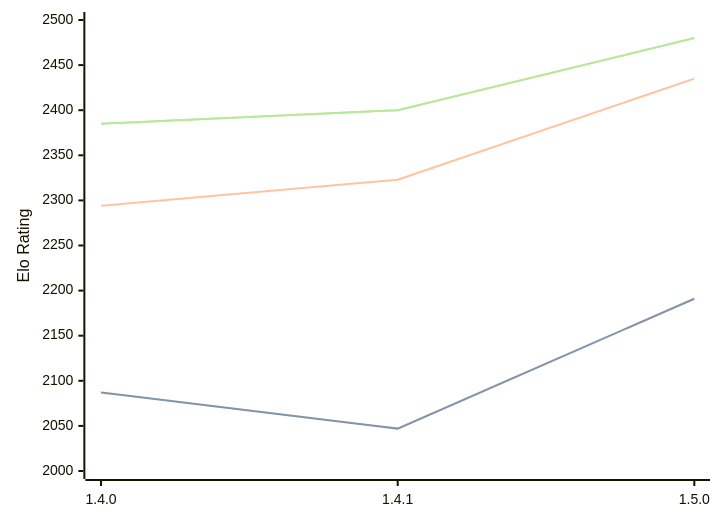
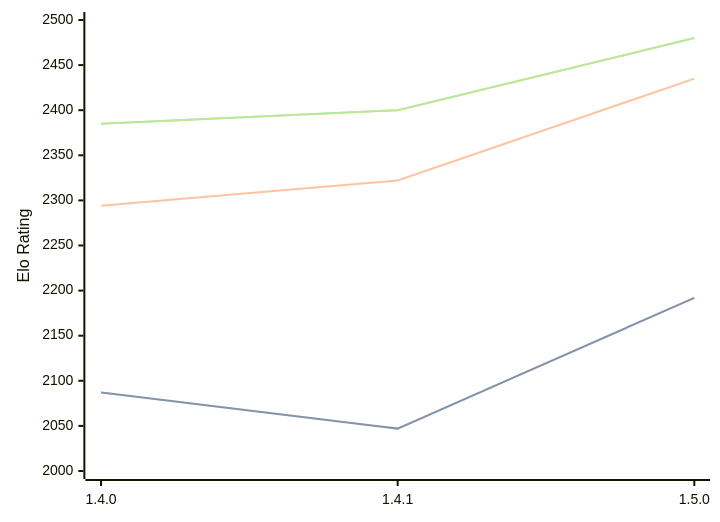
Before and after one commit to computer-chess-index/cci: the diagram in engines/Tofiks.md, drawn with Mermaid. The commit also changed other lines of this file, not shown here.

````diff
--- a/engines/Tofiks.md
+++ b/engines/Tofiks.md
@@ -33,11 +33,11 @@
 ```mermaid
 %%{init: {"theme":"base","themeVariables":{"seriesColors:['#a3a3a3','#222221','#faa371']}}}%%
 xychart-beta
   x-axis ["1.4.0", "1.4.1", "1.5.0"]
   y-axis "Elo Rating" 2000 --> 2500
-  line "" [2087, 2047, 2191]
-  line "STC (8.0+0.08s)" [2087, 2047, 2191]
-  line "LTC (60.0+0.60s)" [2294, 2323, 2435]
+  line "" [2087, 2047, 2192]
+  line "STC (8.0+0.08s)" [2087, 2047, 2192]
+  line "LTC (60.0+0.60s)" [2294, 2322, 2435]
   line "" [2385, 2400, 2480]
   line "VLTC (2m24s+1.12s)" [2385, 2400, 2480]
 ```
````
